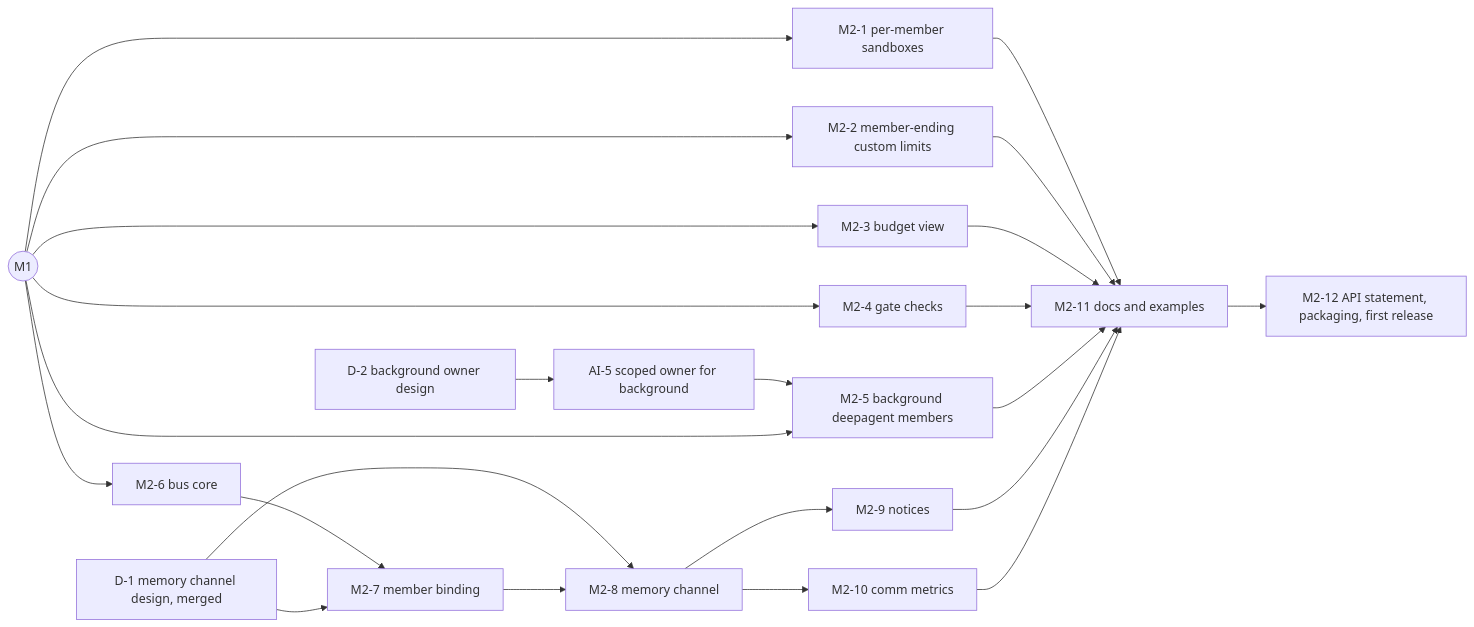
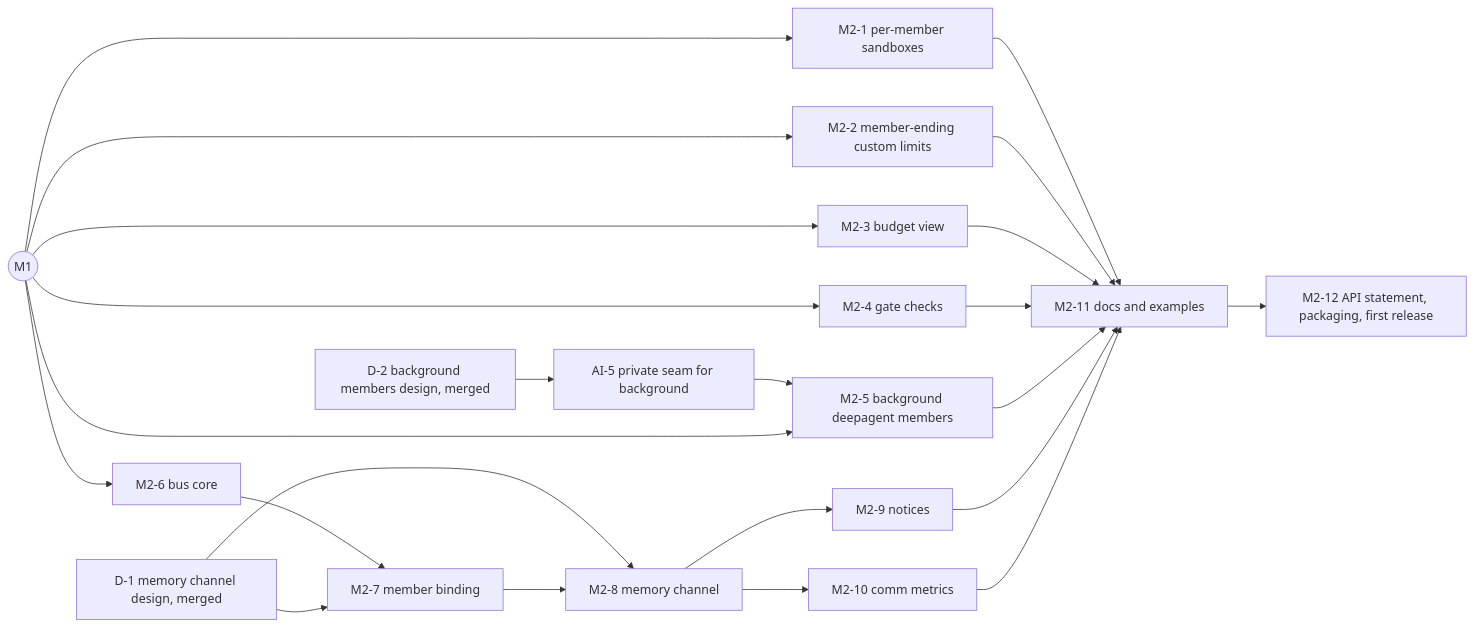
One commit to joesposito8/inspect_swarm changed the second of 2 diagrams in design/swarm-implementation-plan.md. Above: the diagram before and after it, drawn with Mermaid. The commit also changed other lines of this file and 10 other files, not shown here.

````diff
--- a/design/swarm-implementation-plan.md
+++ b/design/swarm-implementation-plan.md
@@ -284,19 +284,19 @@
 ```mermaid
 flowchart LR
   M1((M1)) --> M2_1[M2-1 per-member sandboxes]
   M1 --> M2_2[M2-2 member-ending custom limits]
   M1 --> M2_3[M2-3 budget view]
   M1 --> M2_4[M2-4 gate checks]
-  D2[D-2 background owner design] --> AI5[AI-5 scoped owner for background]
+  D2[D-2 background members design, merged] --> AI5[AI-5 private seam for background]
   AI5 --> M2_5[M2-5 background deepagent members]
   M1 --> M2_5
   M1 --> M2_6[M2-6 bus core]
   M2_6 --> M2_7[M2-7 member binding]
   D1[D-1 memory channel design, merged] --> M2_7
   D1 --> M2_8
   M2_7 --> M2_8[M2-8 memory channel]
   M2_8 --> M2_9[M2-9 notices]
   M2_8 --> M2_10[M2-10 comm metrics]
   M2_1 & M2_2 & M2_3 & M2_4 & M2_5 & M2_9 & M2_10 --> M2_11[M2-11 docs and examples]
   M2_11 --> M2_12[M2-12 API statement, packaging, first release]
 ```
````
